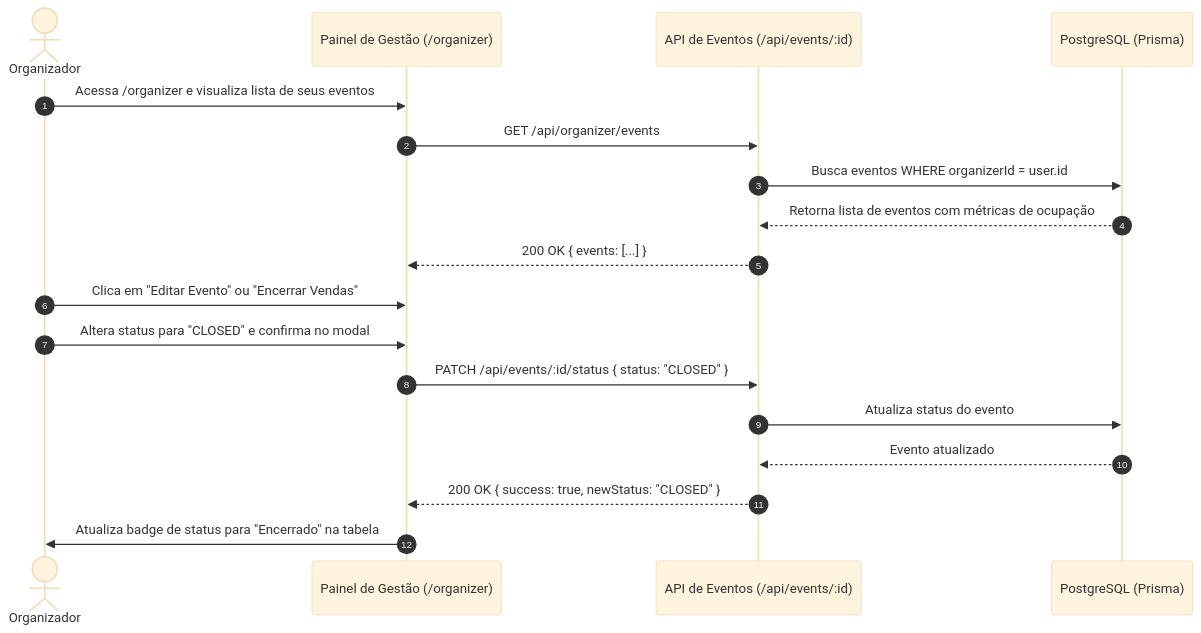
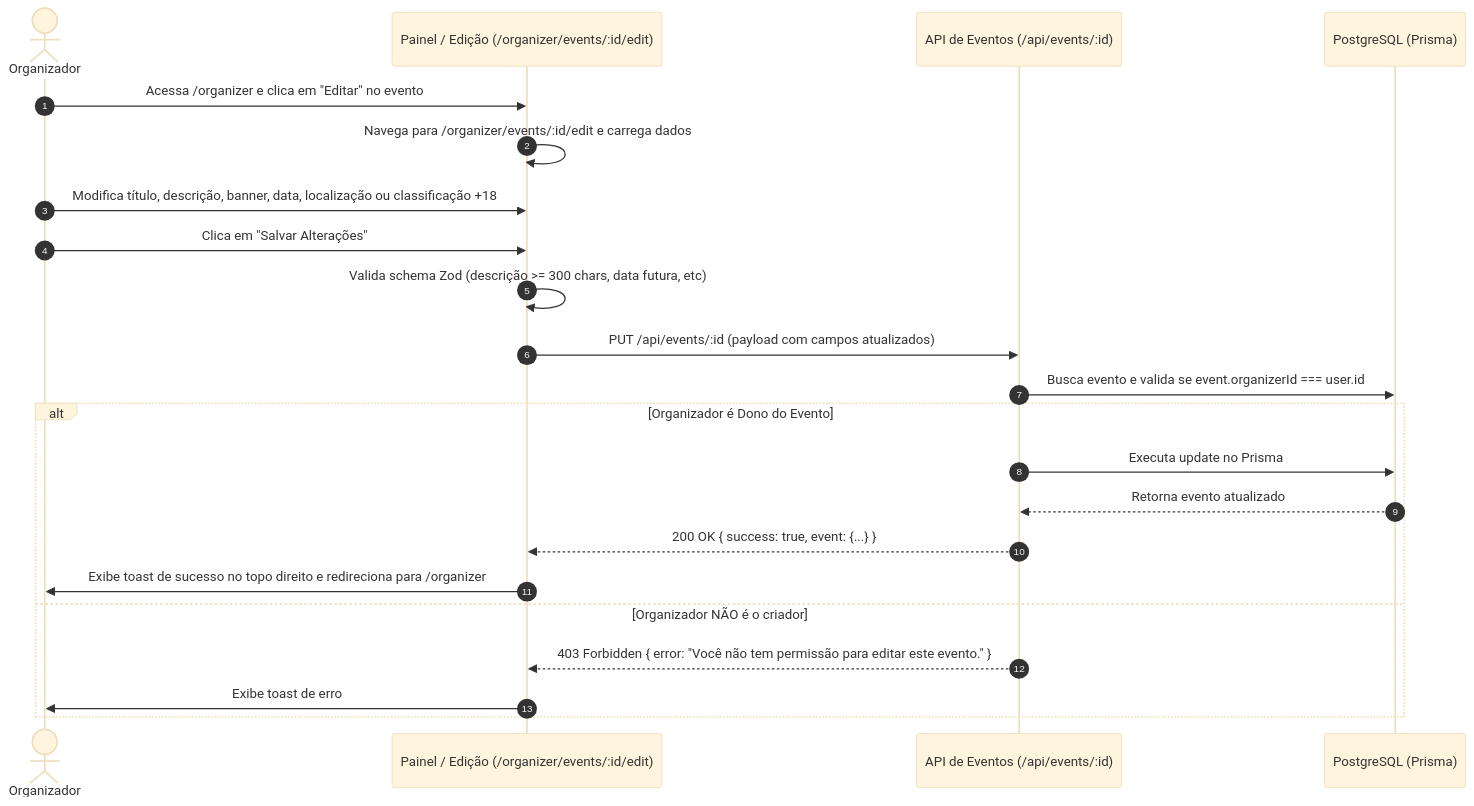
One commit to henriquemarioto/ticket-platform-verzel changed the fifth of 5 diagrams in docs/01-use-cases/02-EVENTS-AND-CATALOG.md. Above: the diagram before and after it, drawn with Mermaid (base theme). The commit also changed other lines of this file and 23 other files, not shown here.

````diff
--- a/docs/01-use-cases/02-EVENTS-AND-CATALOG.md
+++ b/docs/01-use-cases/02-EVENTS-AND-CATALOG.md
@@ -690,21 +690,25 @@
 ```mermaid
 sequenceDiagram
     autonumber
     actor Org as Organizador
-    participant UI as Painel de Gestão (/organizer)
+    participant UI as Painel / Edição (/organizer/events/:id/edit)
     participant API as API de Eventos (/api/events/:id)
     participant DB as PostgreSQL (Prisma)
 
-    Org->>UI: Acessa /organizer e visualiza lista de seus eventos
-    UI->>API: GET /api/organizer/events
-    API->>DB: Busca eventos WHERE organizerId = user.id
-    DB-->>API: Retorna lista de eventos com métricas de ocupação
-    API-->>UI: 200 OK { events: [...] }
-    Org->>UI: Clica em "Editar Evento" ou "Encerrar Vendas"
-    Org->>UI: Altera status para "CLOSED" e confirma no modal
-    UI->>API: PATCH /api/events/:id/status { status: "CLOSED" }
-    API->>DB: Atualiza status do evento
-    DB-->>API: Evento atualizado
-    API-->>UI: 200 OK { success: true, newStatus: "CLOSED" }
-    UI->>Org: Atualiza badge de status para "Encerrado" na tabela
+    Org->>UI: Acessa /organizer e clica em "Editar" no evento
+    UI->>UI: Navega para /organizer/events/:id/edit e carrega dados
+    Org->>UI: Modifica título, descrição, banner, data, localização ou classificação +18
+    Org->>UI: Clica em "Salvar Alterações"
+    UI->>UI: Valida schema Zod (descrição >= 300 chars, data futura, etc)
+    UI->>API: PUT /api/events/:id (payload com campos atualizados)
+    API->>DB: Busca evento e valida se event.organizerId === user.id
+    alt Organizador é Dono do Evento
+        API->>DB: Executa update no Prisma
+        DB-->>API: Retorna evento atualizado
+        API-->>UI: 200 OK { success: true, event: {...} }
+        UI->>Org: Exibe toast de sucesso no topo direito e redireciona para /organizer
+    else Organizador NÃO é o criador
+        API-->>UI: 403 Forbidden { error: "Você não tem permissão para editar este evento." }
+        UI->>Org: Exibe toast de erro
+    end
 ```
````
